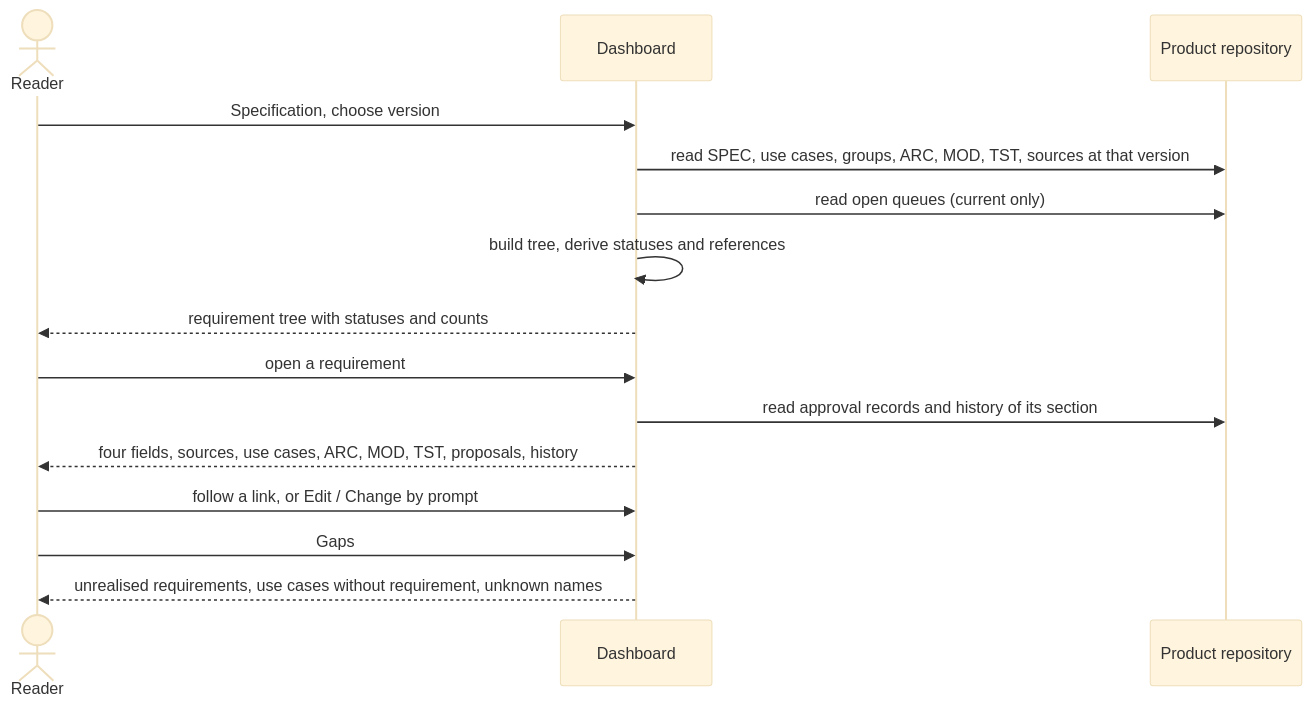
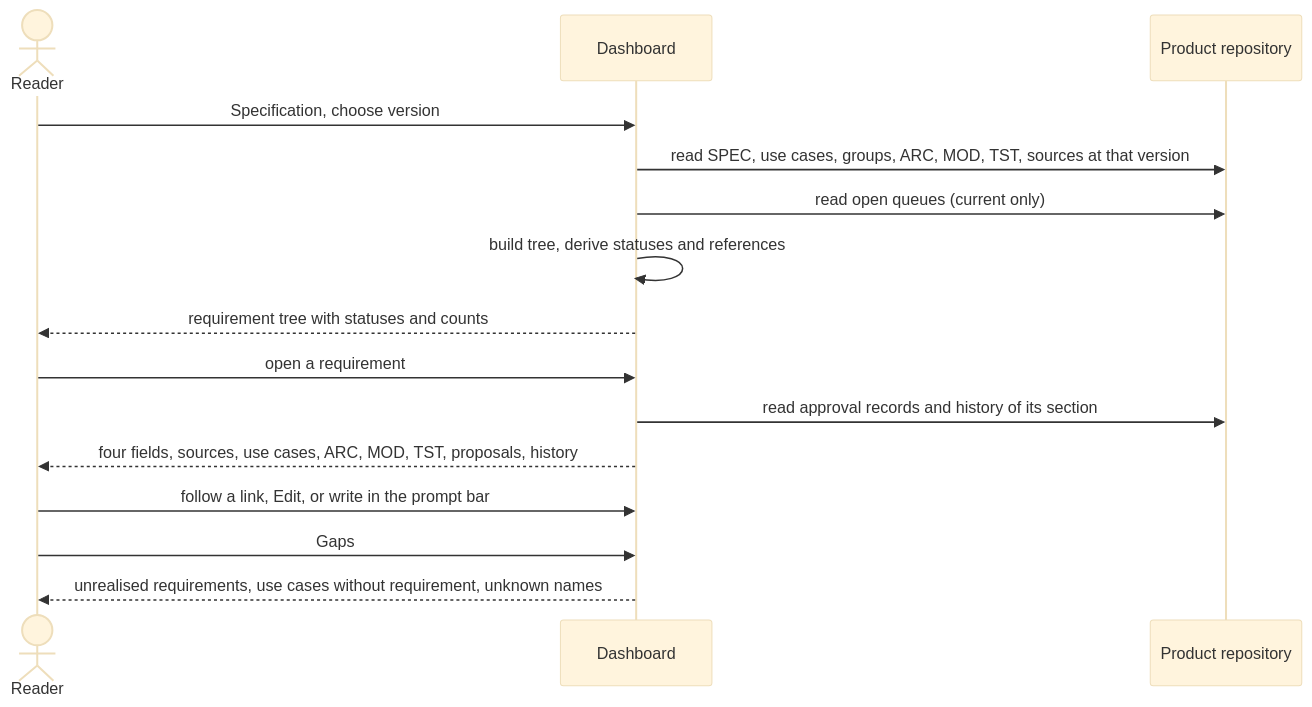
Before and after one commit to akmaier/agent-m: the diagram in docs/use-cases/UC-020-browse-the-specification.md, drawn with Mermaid (base theme). The commit also changed other lines of this file and 26 other files, not shown here.

First line of the commit message:
The prompt bar: SPEC queue 2026-10-15, UC-049 and six use cases, for akmaier's acceptance

````diff
--- a/docs/use-cases/UC-020-browse-the-specification.md
+++ b/docs/use-cases/UC-020-browse-the-specification.md
@@ -85,17 +86,17 @@
 ```mermaid
 sequenceDiagram
     actor R as Reader
     participant D as Dashboard
     participant G as Product repository
     R->>D: Specification, choose version
     D->>G: read SPEC, use cases, groups, ARC, MOD, TST, sources at that version
     D->>G: read open queues (current only)
     D->>D: build tree, derive statuses and references
     D-->>R: requirement tree with statuses and counts
     R->>D: open a requirement
     D->>G: read approval records and history of its section
     D-->>R: four fields, sources, use cases, ARC, MOD, TST, proposals, history
-    R->>D: follow a link, or Edit / Change by prompt
+    R->>D: follow a link, Edit, or write in the prompt bar
     R->>D: Gaps
     D-->>R: unrealised requirements, use cases without requirement, unknown names
 ```
````
